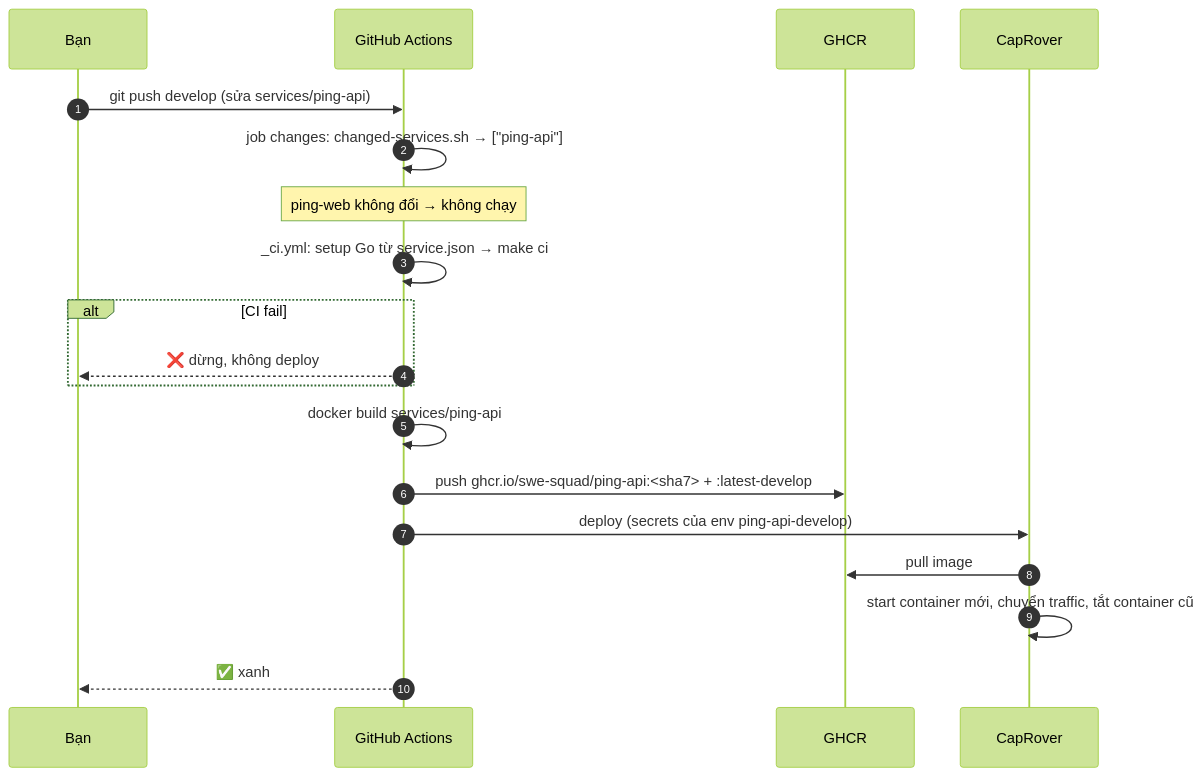
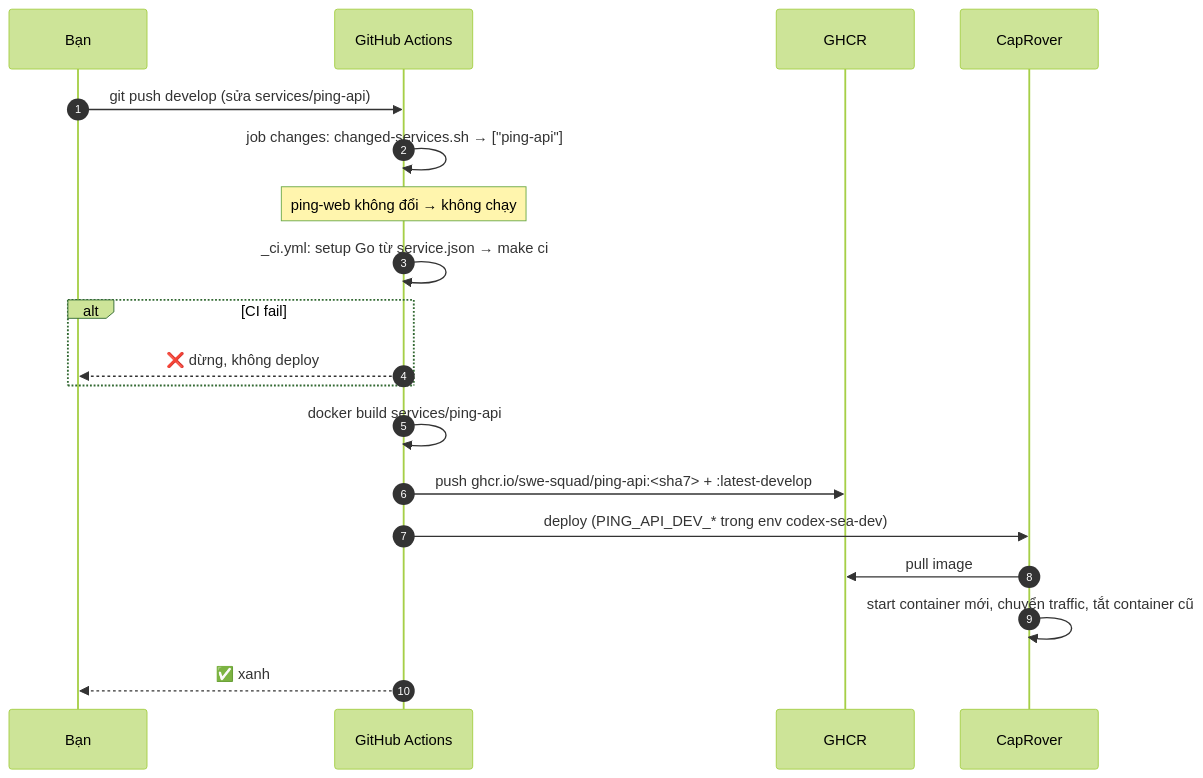
The second of 3 diagrams in docs/deploy-flow.md (swe-squad/test-codex-env), drawn with Mermaid (forest theme) before and after one commit. The commit also changed other lines of this file and 6 other files, not shown here.

````diff
--- a/docs/deploy-flow.md
+++ b/docs/deploy-flow.md
@@ -173,22 +173,22 @@
 ```mermaid
 sequenceDiagram
     autonumber
     participant Dev as Bạn
     participant GA as GitHub Actions
     participant GHCR as GHCR
     participant CR as CapRover
 
     Dev->>GA: git push develop (sửa services/ping-api)
     GA->>GA: job changes: changed-services.sh → ["ping-api"]
     Note over GA: ping-web không đổi → không chạy
     GA->>GA: _ci.yml: setup Go từ service.json → make ci
     alt CI fail
         GA-->>Dev: ❌ dừng, không deploy
     end
     GA->>GA: docker build services/ping-api
     GA->>GHCR: push ghcr.io/swe-squad/ping-api:<sha7> + :latest-develop
-    GA->>CR: deploy (secrets của env ping-api-develop)
+    GA->>CR: deploy (PING_API_DEV_* trong env codex-sea-dev)
     CR->>GHCR: pull image
     CR->>CR: start container mới, chuyển traffic, tắt container cũ
     GA-->>Dev: ✅ xanh
 ```
````
